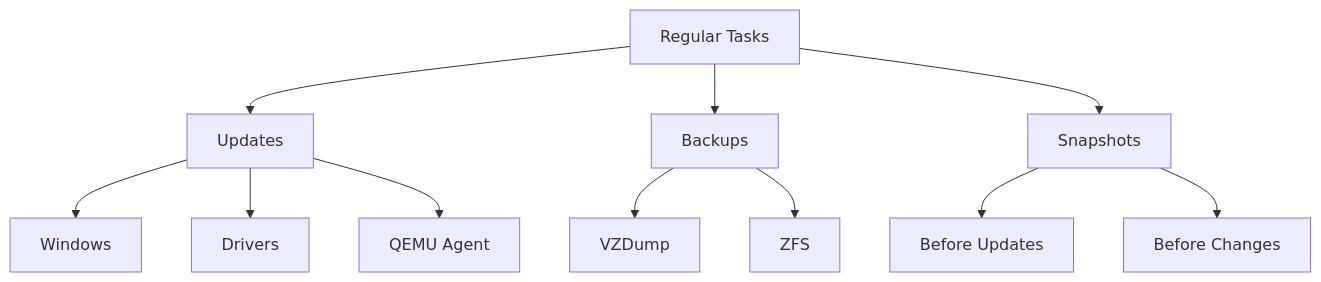
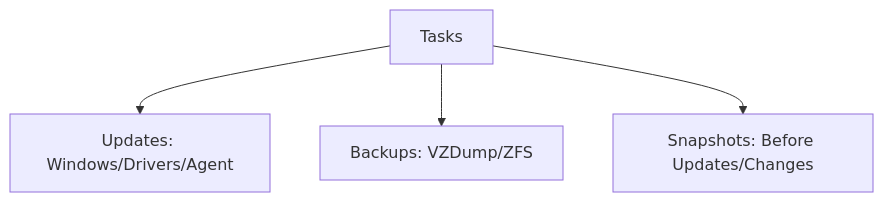
One commit to Hydepwns/nix-mox changed the fourth of 5 diagrams in docs/guides/windows-on-proxmox.md. Above: the diagram before and after it, drawn with Mermaid. The commit also changed other lines of this file and 145 other files, not shown here.

````diff
--- a/docs/guides/windows-on-proxmox.md
+++ b/docs/guides/windows-on-proxmox.md
@@ -94,16 +75,6 @@
 ```mermaid
 graph TD
-    A[Regular Tasks] --> B[Updates]
-    A --> C[Backups]
-    A --> D[Snapshots]
-    
-    B --> B1[Windows]
-    B --> B2[Drivers]
-    B --> B3[QEMU Agent]
-    
-    C --> C1[VZDump]
-    C --> C2[ZFS]
-    
-    D --> D1[Before Updates]
-    D --> D2[Before Changes]
+    A[Tasks] --> B[Updates: Windows/Drivers/Agent]
+    A --> C[Backups: VZDump/ZFS]
+    A --> D[Snapshots: Before Updates/Changes]
 ```
````
